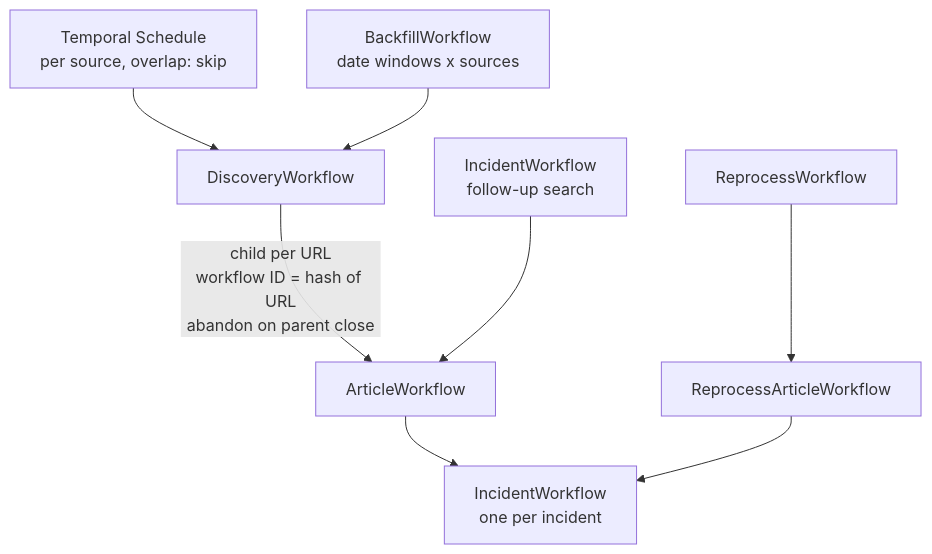
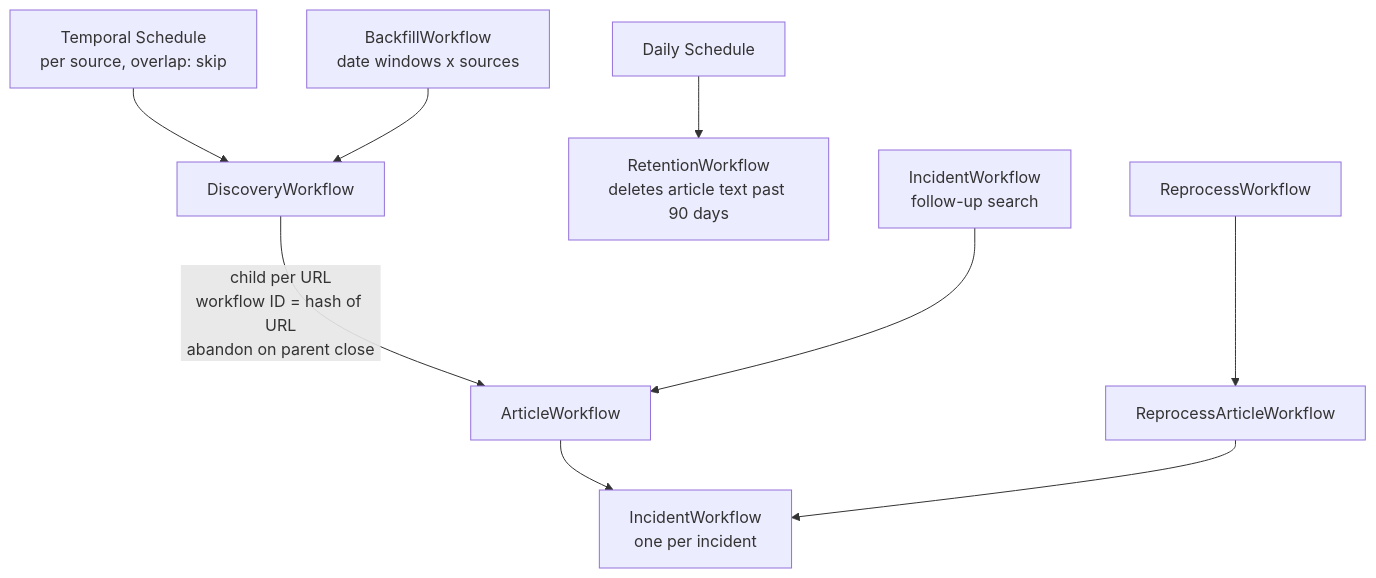
One commit to joshdurbin/vulnerable_user_incident_tracking changed the fourth of 13 diagrams in docs/design.md. Above: the diagram before and after it, drawn with Mermaid. The commit also changed other lines of this file and 2 other files, not shown here.

````diff
--- a/docs/design.md
+++ b/docs/design.md
@@ -120,9 +124,10 @@
 ```mermaid
 flowchart TB
   sched[Temporal Schedule<br/>per source, overlap: skip] --> dw[DiscoveryWorkflow]
+  daily[Daily Schedule] --> ret[RetentionWorkflow<br/>deletes article text past 90 days]
   bf[BackfillWorkflow<br/>date windows x sources] --> dw
   dw -- "child per URL<br/>workflow ID = hash of URL<br/>abandon on parent close" --> aw[ArticleWorkflow]
   fu[IncidentWorkflow<br/>follow-up search] --> aw
   aw --> iw[IncidentWorkflow<br/>one per incident]
   rw[ReprocessWorkflow] --> raw[ReprocessArticleWorkflow] --> iw
 ```
````
